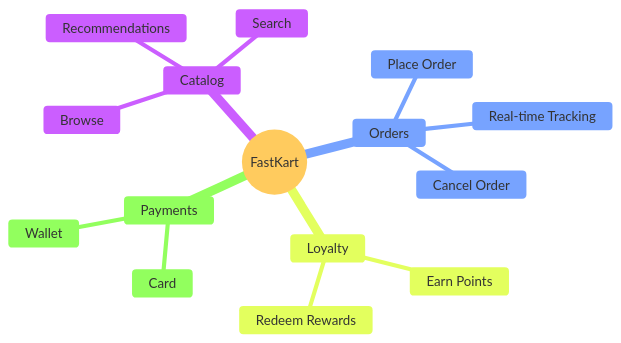
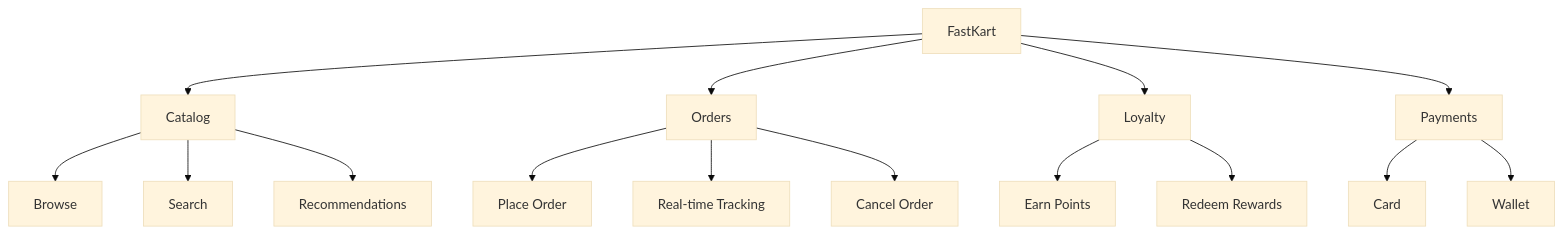
Before and after one commit to Attash2312/SRE: the sixth of 6 diagrams in 10_past_papers_solved.md, drawn with Mermaid (base theme). The commit also changed other lines of this file and 3 other files, not shown here.

````diff
--- a/10_past_papers_solved.md
+++ b/10_past_papers_solved.md
@@ -445,18 +447,21 @@
 ```mermaid
-mindmap
-  root((FastKart))
-    Catalog
-      Browse
-      Search
-      Recommendations
-    Orders
-      Place Order
-      Real-time Tracking
-      Cancel Order
-    Loyalty
-      Earn Points
-      Redeem Rewards
-    Payments
-      Card
-      Wallet
+flowchart TB
+  Root[FastKart]
+  Root --> Catalog[Catalog]
+  Catalog --> Browse[Browse]
+  Catalog --> Search[Search]
+  Catalog --> Reco[Recommendations]
+
+  Root --> Orders[Orders]
+  Orders --> Place[Place Order]
+  Orders --> Track[Real-time Tracking]
+  Orders --> Cancel[Cancel Order]
+
+  Root --> Loyalty[Loyalty]
+  Loyalty --> Earn[Earn Points]
+  Loyalty --> Redeem[Redeem Rewards]
+
+  Root --> Payments[Payments]
+  Payments --> Card[Card]
+  Payments --> Wallet[Wallet]
 ```
````
